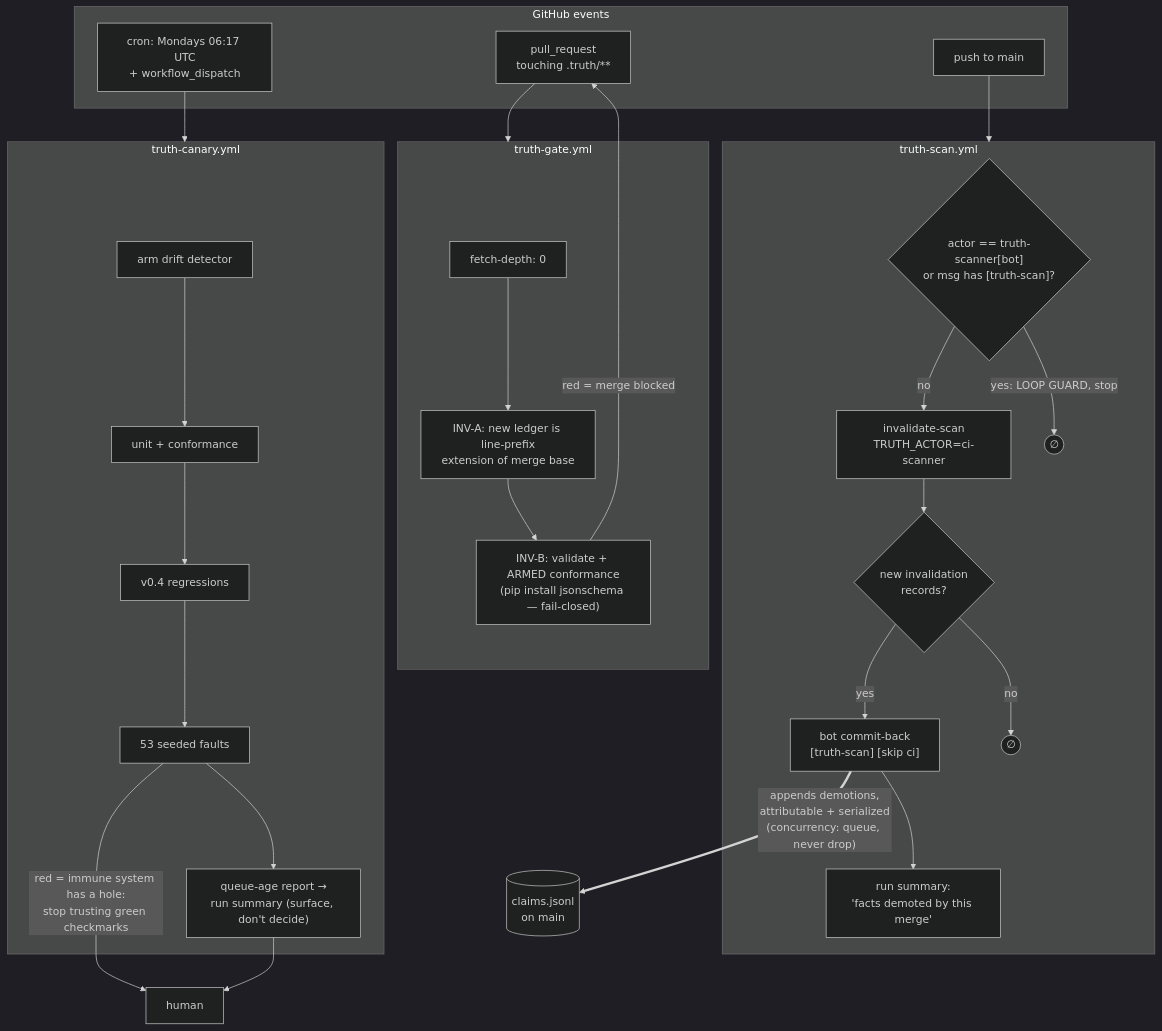
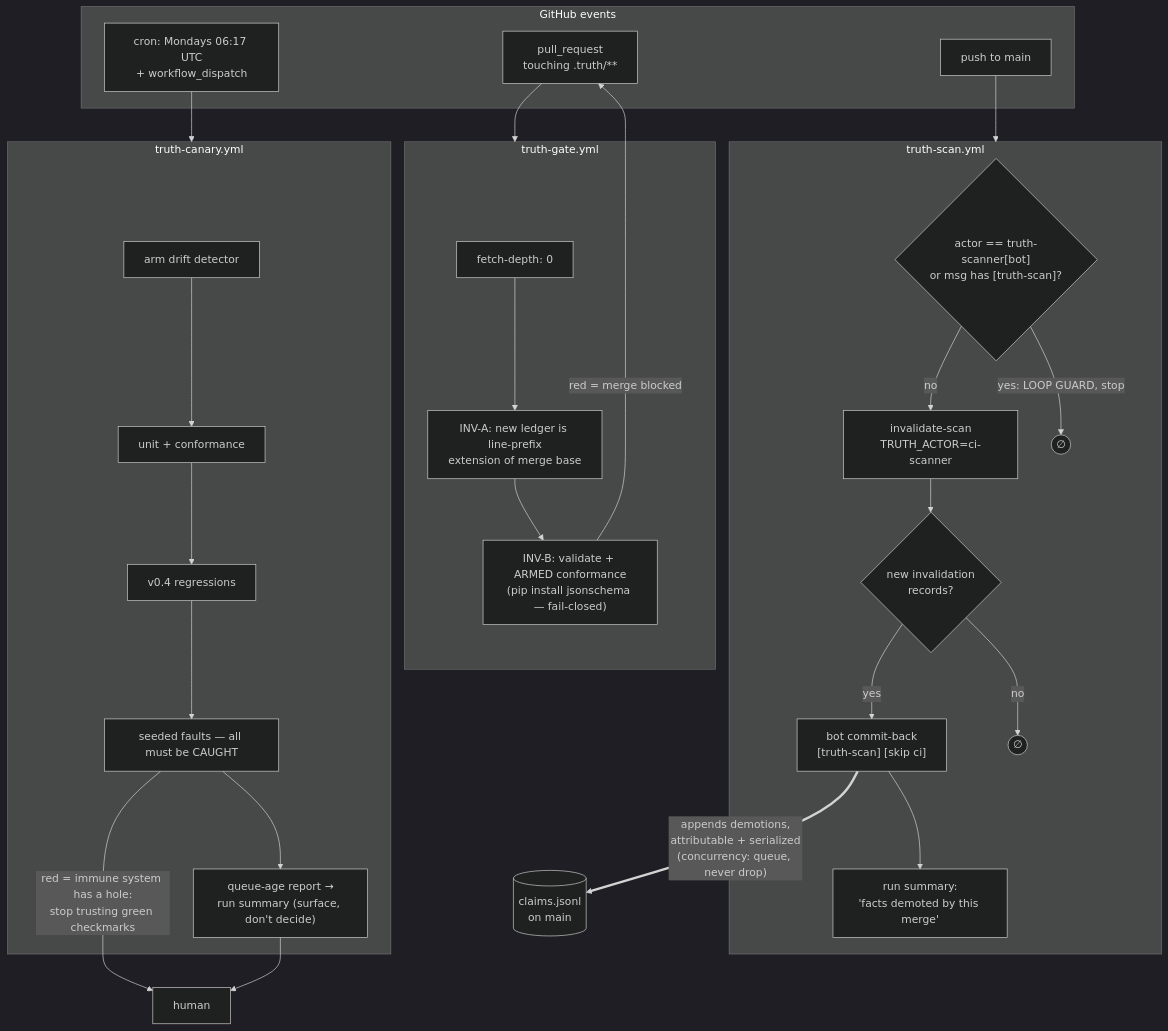
The third of 4 diagrams in docs/truth-ledger-operations-guide.md (m1981/truth-ledger), drawn with Mermaid (dark theme) before and after one commit. The commit also changed other lines of this file and 14 other files, not shown here.

````diff
--- a/docs/truth-ledger-operations-guide.md
+++ b/docs/truth-ledger-operations-guide.md
@@ -183,46 +183,46 @@
 ```mermaid
 flowchart TB
     subgraph events["GitHub events"]
         PR["pull_request<br/>touching .truth/**"]
         PUSH["push to main"]
         SCHED["cron: Mondays 06:17 UTC<br/>+ workflow_dispatch"]
     end
 
     subgraph gate["truth-gate.yml"]
         G1["fetch-depth: 0"]
         G2["INV-A: new ledger is line-prefix<br/>extension of merge base"]
         G3["INV-B: validate + ARMED conformance<br/>(pip install jsonschema — fail-closed)"]
         G1 --> G2 --> G3
     end
 
     subgraph scan["truth-scan.yml"]
         S0{"actor == truth-scanner[bot]<br/>or msg has [truth-scan]?"}
         S1["invalidate-scan<br/>TRUTH_ACTOR=ci-scanner"]
         S2{"new invalidation<br/>records?"}
         S3["bot commit-back<br/>[truth-scan] [skip ci]"]
         S4["run summary:<br/>'facts demoted by this merge'"]
         S0 -- "yes: LOOP GUARD, stop" --> X1(("∅"))
         S0 -- no --> S1 --> S2
         S2 -- yes --> S3 --> S4
         S2 -- no --> X2(("∅"))
     end
 
     subgraph canary["truth-canary.yml"]
         C1["arm drift detector"]
         C2["unit + conformance"]
         C3["v0.4 regressions"]
-        C4["53 seeded faults"]
+        C4["seeded faults — all must be CAUGHT"]
         C5["queue-age report →<br/>run summary (surface, don't decide)"]
         C1 --> C2 --> C3 --> C4 --> C5
     end
 
     L[("claims.jsonl<br/>on main")]
 
     PR --> gate
     PUSH --> scan
     SCHED --> canary
     G3 -- "red = merge blocked" --> PR
     S3 ==>|"appends demotions,<br/>attributable + serialized<br/>(concurrency: queue, never drop)"| L
     C4 -- "red = immune system has a hole:<br/>stop trusting green checkmarks" --> HU2["human"]
     C5 --> HU2
 ```
````
